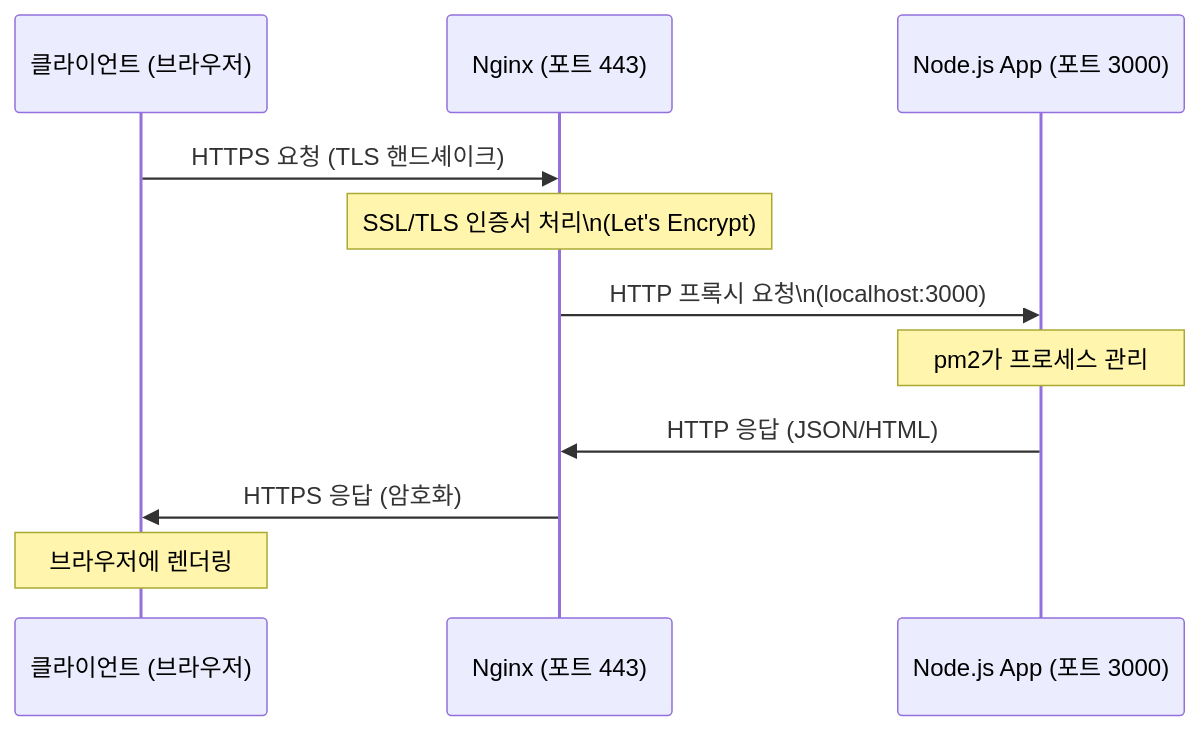
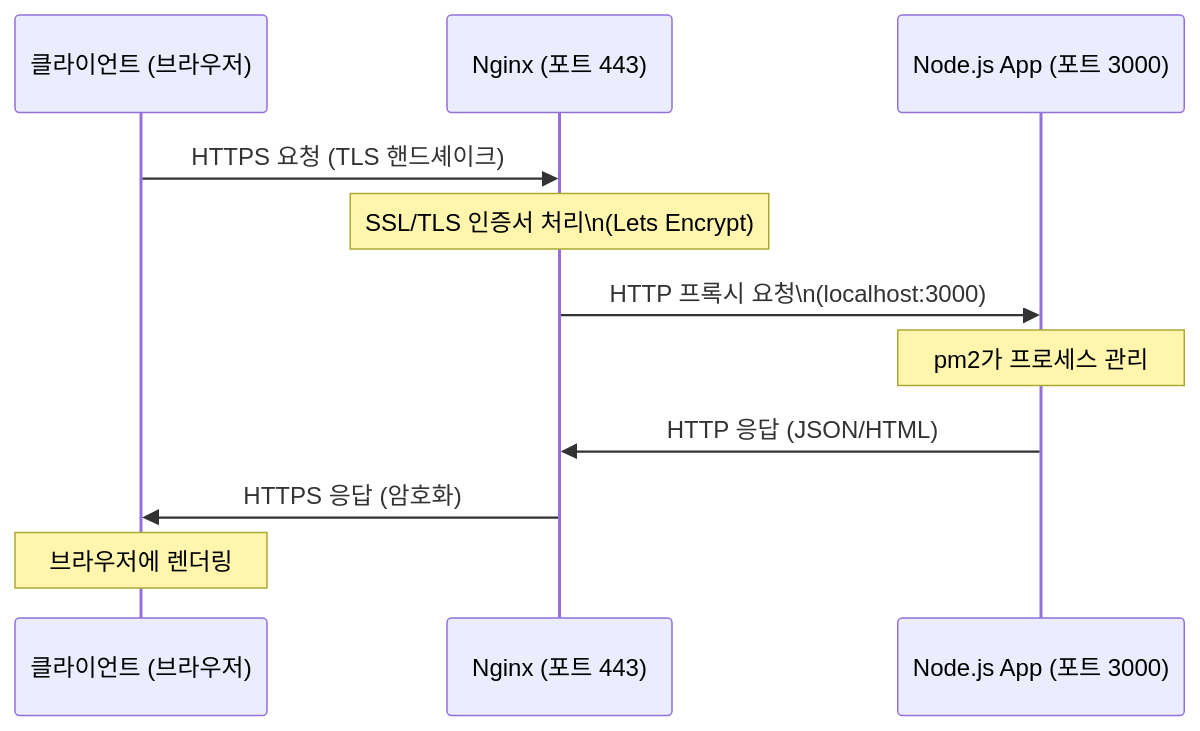
The third of 4 diagrams in content/week4/session11.mdx (bjw202/coding-basic), drawn with Mermaid before and after one commit. The commit also changed 4 other files, not shown here.

First line of the commit message:
fix(mermaid): remove apostrophes causing parser errors across 5 sessions

````diff
--- a/content/week4/session11.mdx
+++ b/content/week4/session11.mdx
@@ -205,14 +205,14 @@
 ```mermaid
 sequenceDiagram
     participant C as 클라이언트 (브라우저)
     participant N as Nginx (포트 443)
     participant A as Node.js App (포트 3000)
 
     C->>N: HTTPS 요청 (TLS 핸드셰이크)
-    Note over N: SSL/TLS 인증서 처리\n(Let's Encrypt)
+    Note over N: SSL/TLS 인증서 처리\n(Lets Encrypt)
     N->>A: HTTP 프록시 요청\n(localhost:3000)
     Note over A: pm2가 프로세스 관리
     A->>N: HTTP 응답 (JSON/HTML)
     N->>C: HTTPS 응답 (암호화)
     Note over C: 브라우저에 렌더링
 ```
````
